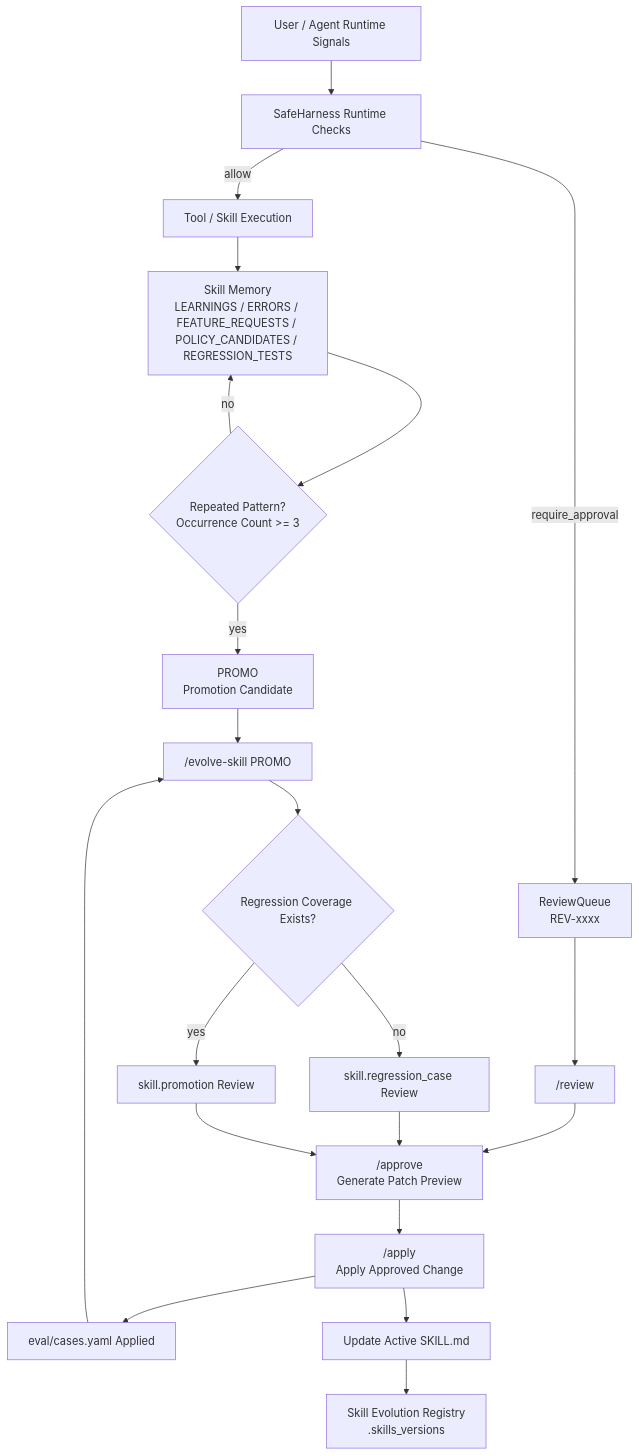
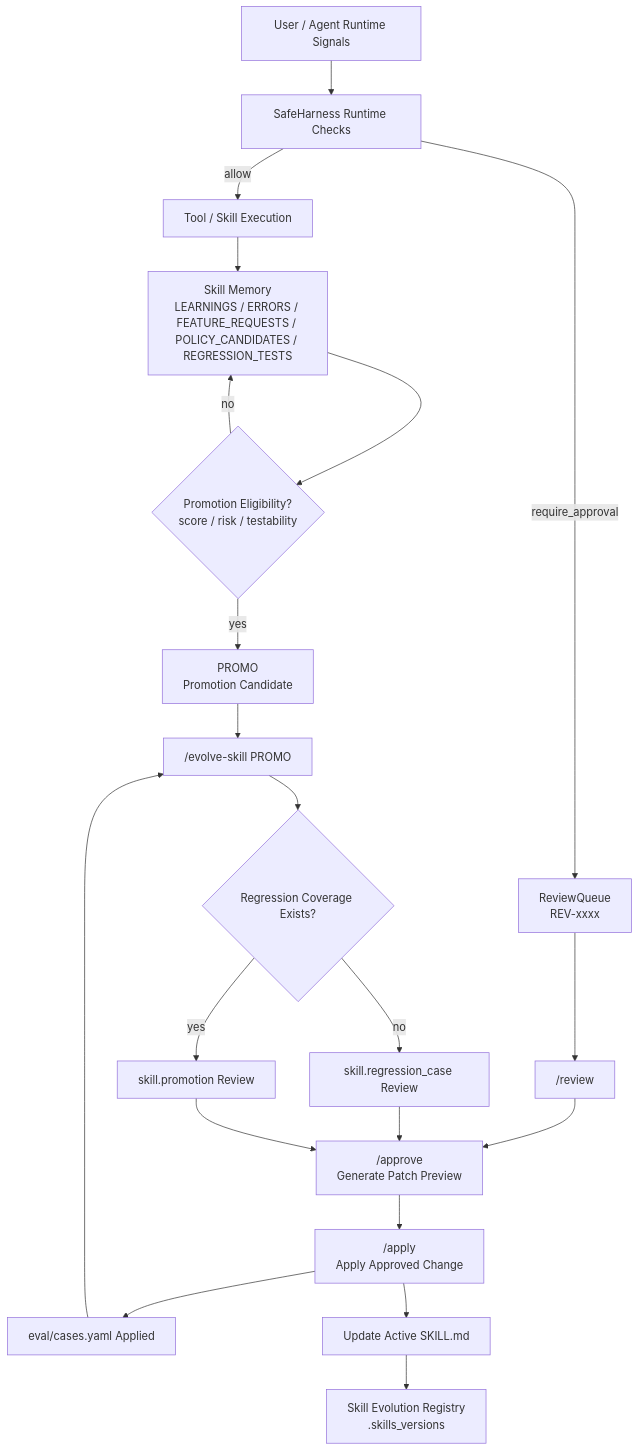
Before and after one commit to DangerousSONG/harness_agent: the diagram in README.md, drawn with Mermaid. The commit also changed other lines of this file and 12 other files, not shown here.

````diff
--- a/README.md
+++ b/README.md
@@ -48,27 +48,27 @@
 ```mermaid
 flowchart TD
     A["User / Agent Runtime Signals"] --> B["SafeHarness Runtime Checks"]
     B -->|allow| C["Tool / Skill Execution"]
     B -->|require_approval| D["ReviewQueue<br/>REV-xxxx"]
 
     D --> E["/review"]
     E --> F["/approve<br/>Generate Patch Preview"]
     F --> G["/apply<br/>Apply Approved Change"]
 
     C --> H["Skill Memory<br/>LEARNINGS / ERRORS / FEATURE_REQUESTS / POLICY_CANDIDATES / REGRESSION_TESTS"]
-    H --> I{"Repeated Pattern?<br/>Occurrence Count &gt;= 3"}
+    H --> I{"Promotion Eligibility?<br/>score / risk / testability"}
     I -->|yes| J["PROMO<br/>Promotion Candidate"]
     I -->|no| H
 
     J --> K["/evolve-skill PROMO"]
     K --> L{"Regression Coverage Exists?"}
     L -->|no| M["skill.regression_case Review"]
     M --> F
     G --> N["eval/cases.yaml Applied"]
 
     L -->|yes| O["skill.promotion Review"]
     N --> K
     O --> F
     G --> P["Update Active SKILL.md"]
     P --> Q["Skill Evolution Registry<br/>.skills_versions"]
 ```
````
